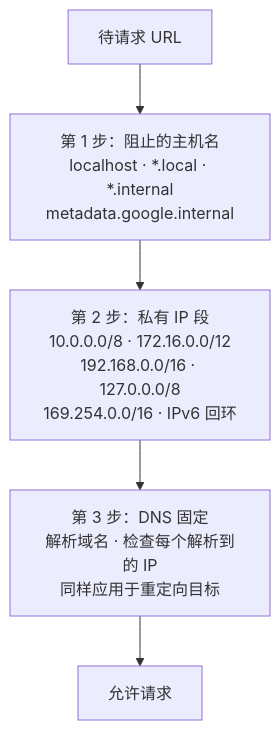
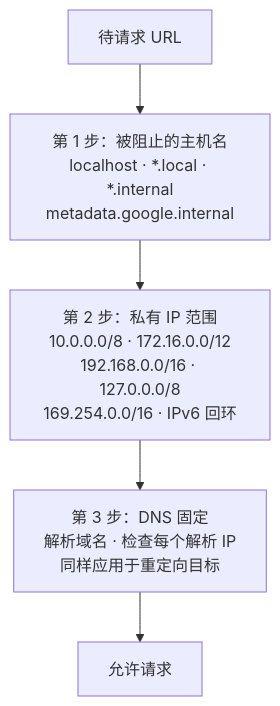
One commit to q1t-architect/goclaw-docs changed the second of 2 diagrams in zh/deployment/security-hardening.md. Above: the diagram before and after it, drawn with Mermaid. The commit also changed other lines of this file and 367 other files, not shown here.

````diff
--- a/zh/deployment/security-hardening.md
+++ b/zh/deployment/security-hardening.md
@@ -136,7 +137,7 @@
 ```mermaid
 flowchart TD
-    U["待请求 URL"] --> S1["第 1 步：阻止的主机名\nlocalhost · *.local · *.internal\nmetadata.google.internal"]
-    S1 --> S2["第 2 步：私有 IP 段\n10.0.0.0/8 · 172.16.0.0/12\n192.168.0.0/16 · 127.0.0.0/8\n169.254.0.0/16 · IPv6 回环"]
-    S2 --> S3["第 3 步：DNS 固定\n解析域名 · 检查每个解析到的 IP\n同样应用于重定向目标"]
+    U["待请求 URL"] --> S1["第 1 步：被阻止的主机名\nlocalhost · *.local · *.internal\nmetadata.google.internal"]
+    S1 --> S2["第 2 步：私有 IP 范围\n10.0.0.0/8 · 172.16.0.0/12\n192.168.0.0/16 · 127.0.0.0/8\n169.254.0.0/16 · IPv6 回环"]
+    S2 --> S3["第 3 步：DNS 固定\n解析域名 · 检查每个解析 IP\n同样应用于重定向目标"]
     S3 --> A["允许请求"]
 ```
````
